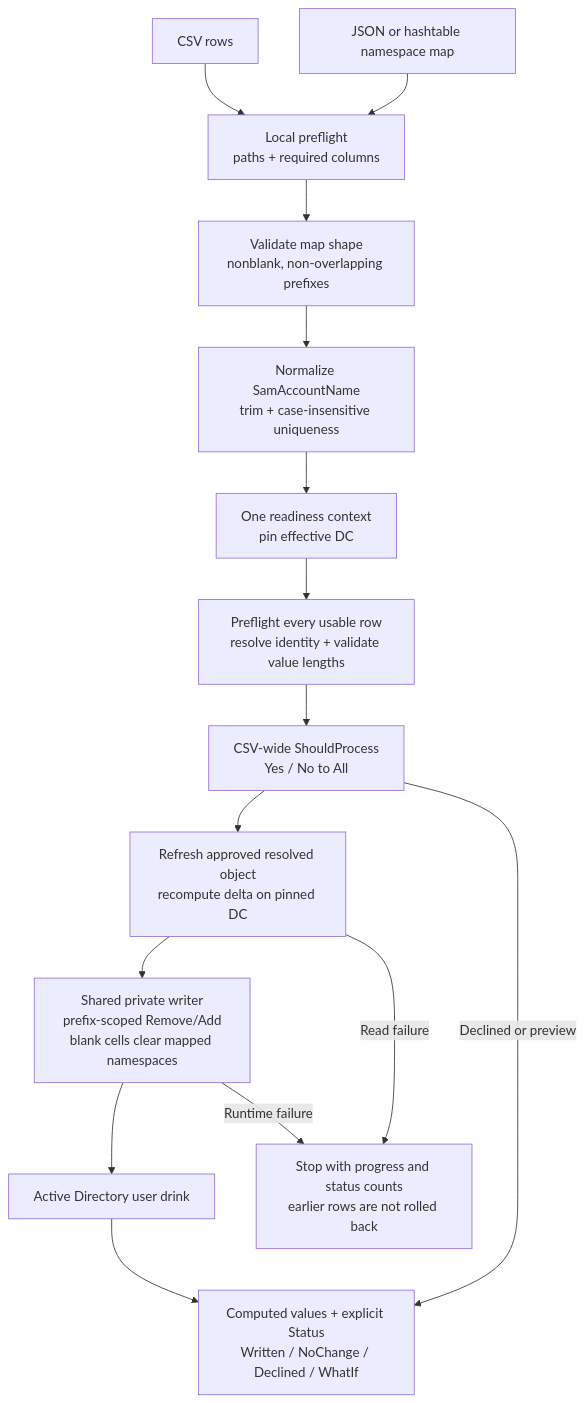
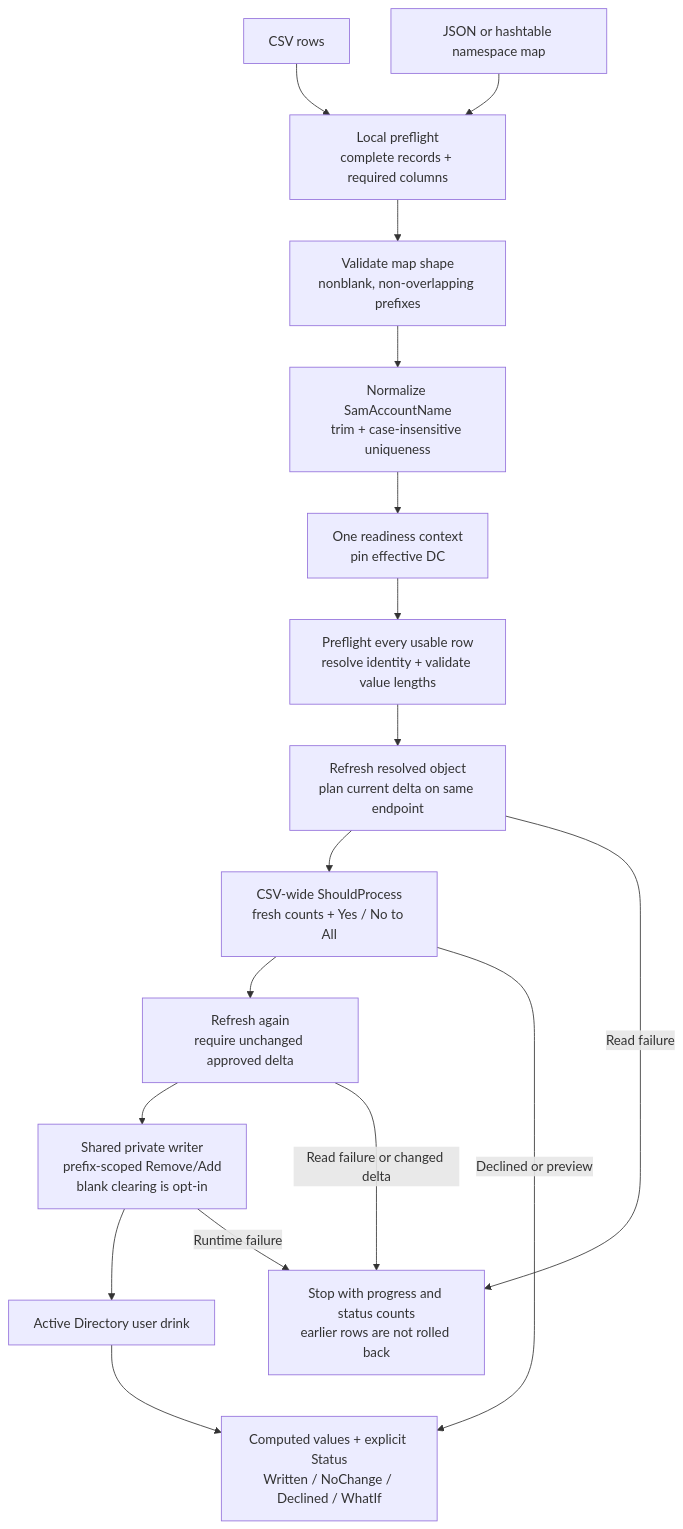
Before and after one commit to jonathanweinberg/DrunkenAD: the diagram in docs/diagrams/csv-ingestion-flow.mmd, drawn with Mermaid. The commit also changed 37 other files, not shown here.

```diff
--- a/docs/diagrams/csv-ingestion-flow.mmd
+++ b/docs/diagrams/csv-ingestion-flow.mmd
@@ -1,15 +1,17 @@
 flowchart TD
-    CSV["CSV rows"] --> LOCAL["Local preflight<br/>paths + required columns"]
+    CSV["CSV rows"] --> LOCAL["Local preflight<br/>complete records + required columns"]
     MAP["JSON or hashtable namespace map"] --> LOCAL
     LOCAL --> OWNERSHIP["Validate map shape<br/>nonblank, non-overlapping prefixes"]
     OWNERSHIP --> IDENTITIES["Normalize SamAccountName<br/>trim + case-insensitive uniqueness"]
     IDENTITIES --> READY["One readiness context<br/>pin effective DC"]
     READY --> ROW["Preflight every usable row<br/>resolve identity + validate value lengths"]
-    ROW --> APPROVE["CSV-wide ShouldProcess<br/>Yes / No to All"]
-    APPROVE --> FRESH["Refresh approved resolved object<br/>recompute delta on pinned DC"]
-    FRESH --> WRITE["Shared private writer<br/>prefix-scoped Remove/Add<br/>blank cells clear mapped namespaces"]
+    ROW --> FRESH["Refresh resolved object<br/>plan current delta on same endpoint"]
+    FRESH --> APPROVE["CSV-wide ShouldProcess<br/>fresh counts + Yes / No to All"]
+    APPROVE --> VERIFY["Refresh again<br/>require unchanged approved delta"]
+    VERIFY --> WRITE["Shared private writer<br/>prefix-scoped Remove/Add<br/>blank clearing is opt-in"]
     WRITE --> AD["Active Directory user drink"]
     AD --> REPORT["Computed values + explicit Status<br/>Written / NoChange / Declined / WhatIf"]
     APPROVE -->|Declined or preview| REPORT
     WRITE -->|Runtime failure| FAILURE["Stop with progress and status counts<br/>earlier rows are not rolled back"]
     FRESH -->|Read failure| FAILURE
+    VERIFY -->|Read failure or changed delta| FAILURE
```
